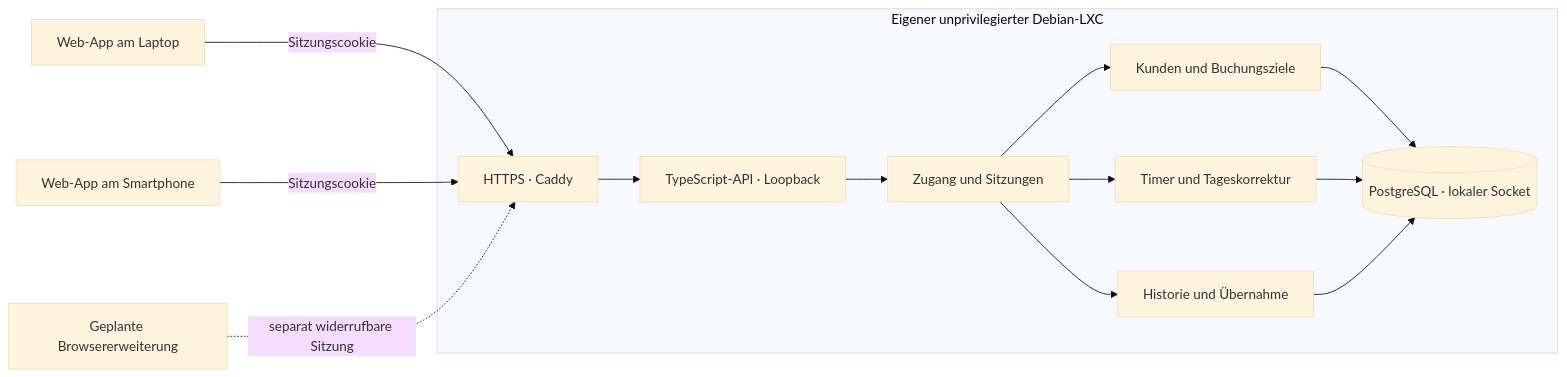
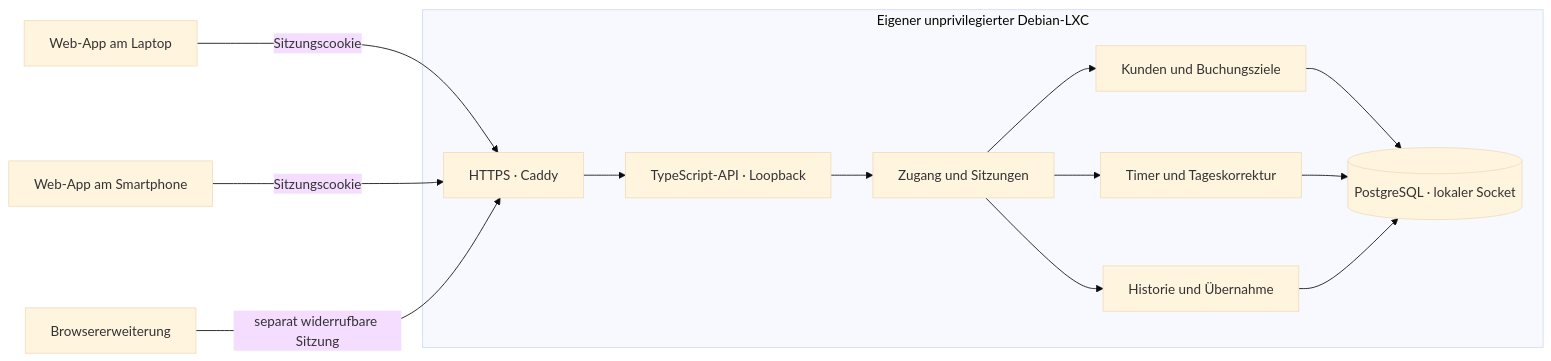
One commit to larsborgwardt/timereal changed the first of 2 diagrams in ARCHITEKTUR.md. Above: the diagram before and after it, drawn with Mermaid (base theme). The commit also changed other lines of this file and 41 other files, not shown here.

````diff
--- a/ARCHITEKTUR.md
+++ b/ARCHITEKTUR.md
@@ -5,21 +5,21 @@
 ```mermaid
 flowchart LR
   Laptop[Web-App am Laptop]
   Handy[Web-App am Smartphone]
-  Popup[Geplante Browsererweiterung]
+  Popup[Browsererweiterung]
   subgraph LXC[Eigener unprivilegierter Debian-LXC]
     TLS[HTTPS · Caddy]
     API[TypeScript-API · Loopback]
     Auth[Zugang und Sitzungen]
     Ziele[Kunden und Buchungsziele]
     Timer[Timer und Tageskorrektur]
     Beleg[Historie und Übernahme]
     DB[(PostgreSQL · lokaler Socket)]
     TLS --> API
     API --> Auth
     Auth --> Ziele & Timer & Beleg
     Ziele & Timer & Beleg --> DB
   end
   Laptop & Handy -->|Sitzungscookie| TLS
-  Popup -. separat widerrufbare Sitzung .-> TLS
+  Popup -->|separat widerrufbare Sitzung| TLS
 ```
````
